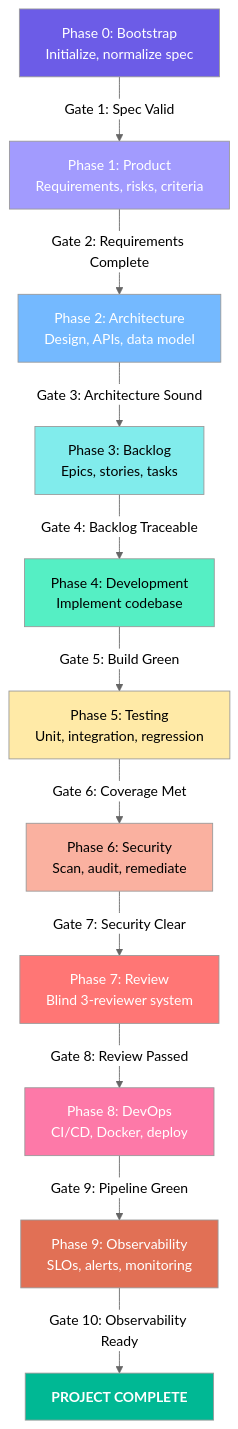
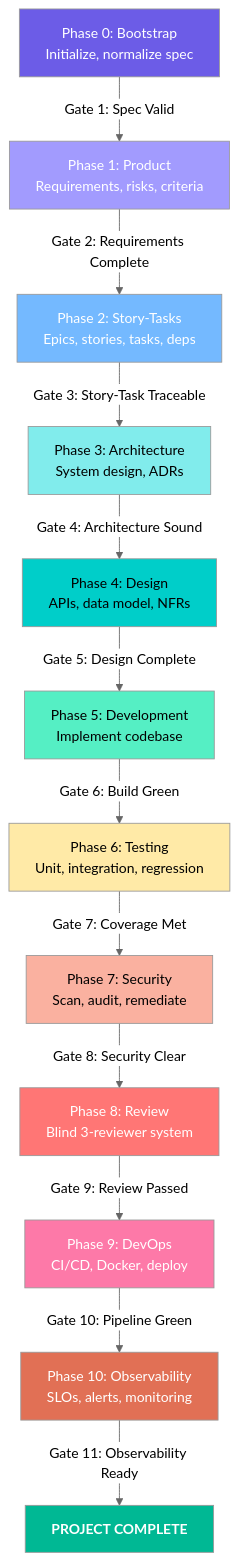
The first of 8 diagrams in docs/phases.md (bitbitcodes/autonomous-sdlc), drawn with Mermaid (neutral theme) before and after one commit. The commit also changed other lines of this file and 66 other files, not shown here.

````diff
--- a/docs/phases.md
+++ b/docs/phases.md
@@ -7,27 +7,29 @@
 ```mermaid
 flowchart TD
     P0["Phase 0: Bootstrap<br/>Initialize, normalize spec"] -->|"Gate 1: Spec Valid"| P1
     P1["Phase 1: Product<br/>Requirements, risks, criteria"] -->|"Gate 2: Requirements Complete"| P2
-    P2["Phase 2: Architecture<br/>Design, APIs, data model"] -->|"Gate 3: Architecture Sound"| P3
-    P3["Phase 3: Backlog<br/>Epics, stories, tasks"] -->|"Gate 4: Backlog Traceable"| P4
-    P4["Phase 4: Development<br/>Implement codebase"] -->|"Gate 5: Build Green"| P5
-    P5["Phase 5: Testing<br/>Unit, integration, regression"] -->|"Gate 6: Coverage Met"| P6
-    P6["Phase 6: Security<br/>Scan, audit, remediate"] -->|"Gate 7: Security Clear"| P7
-    P7["Phase 7: Review<br/>Blind 3-reviewer system"] -->|"Gate 8: Review Passed"| P8
-    P8["Phase 8: DevOps<br/>CI/CD, Docker, deploy"] -->|"Gate 9: Pipeline Green"| P9
-    P9["Phase 9: Observability<br/>SLOs, alerts, monitoring"] -->|"Gate 10: Observability Ready"| DONE
+    P2["Phase 2: Story-Tasks<br/>Epics, stories, tasks, deps"] -->|"Gate 3: Story-Task Traceable"| P3
+    P3["Phase 3: Architecture<br/>System design, ADRs"] -->|"Gate 4: Architecture Sound"| P4
+    P4["Phase 4: Design<br/>APIs, data model, NFRs"] -->|"Gate 5: Design Complete"| P5
+    P5["Phase 5: Development<br/>Implement codebase"] -->|"Gate 6: Build Green"| P6
+    P6["Phase 6: Testing<br/>Unit, integration, regression"] -->|"Gate 7: Coverage Met"| P7
+    P7["Phase 7: Security<br/>Scan, audit, remediate"] -->|"Gate 8: Security Clear"| P8
+    P8["Phase 8: Review<br/>Blind 3-reviewer system"] -->|"Gate 9: Review Passed"| P9
+    P9["Phase 9: DevOps<br/>CI/CD, Docker, deploy"] -->|"Gate 10: Pipeline Green"| P10
+    P10["Phase 10: Observability<br/>SLOs, alerts, monitoring"] -->|"Gate 11: Observability Ready"| DONE
 
     DONE["PROJECT COMPLETE"]
 
     style P0 fill:#6c5ce7,color:#fff
     style P1 fill:#a29bfe,color:#fff
     style P2 fill:#74b9ff,color:#fff
     style P3 fill:#81ecec,color:#000
-    style P4 fill:#55efc4,color:#000
-    style P5 fill:#ffeaa7,color:#000
-    style P6 fill:#fab1a0,color:#000
-    style P7 fill:#ff7675,color:#fff
-    style P8 fill:#fd79a8,color:#fff
-    style P9 fill:#e17055,color:#fff
+    style P4 fill:#00cec9,color:#000
+    style P5 fill:#55efc4,color:#000
+    style P6 fill:#ffeaa7,color:#000
+    style P7 fill:#fab1a0,color:#000
+    style P8 fill:#ff7675,color:#fff
+    style P9 fill:#fd79a8,color:#fff
+    style P10 fill:#e17055,color:#fff
     style DONE fill:#00b894,color:#fff,font-weight:bold
 ```
````
